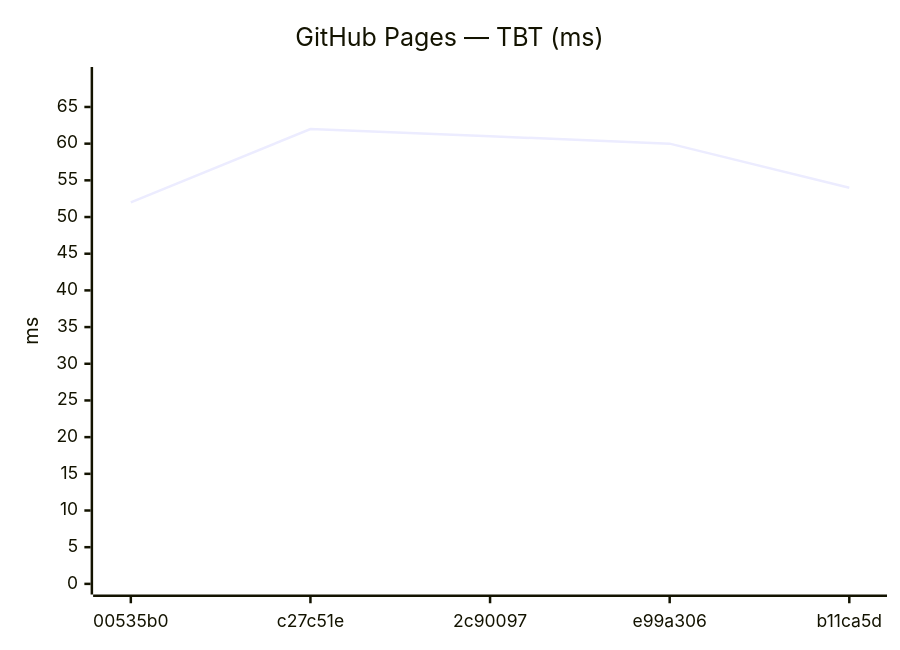
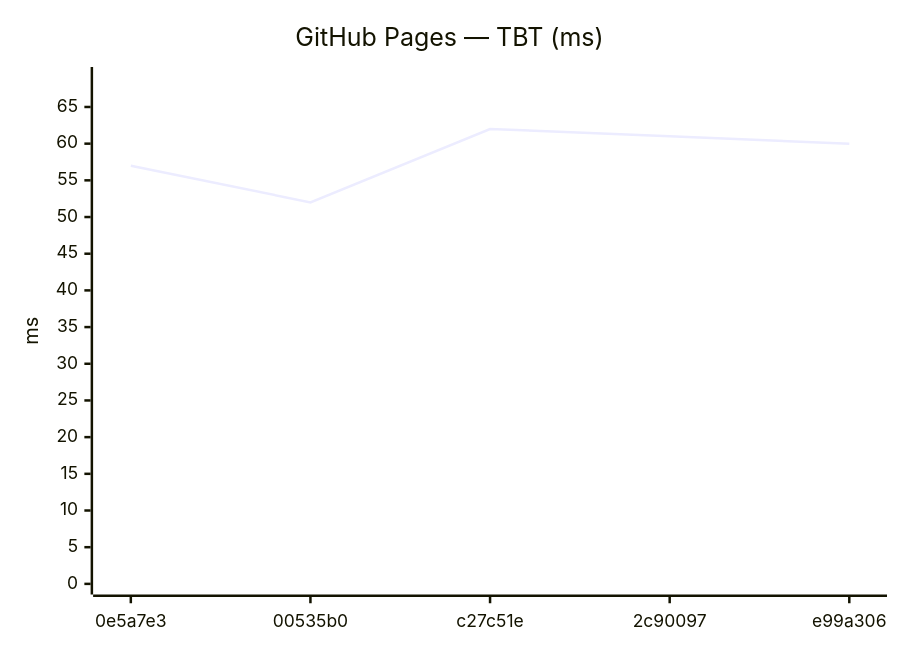
Before and after one commit to Metaheurist/Rianell: diagram 12 of 24 in benchmarks/compare.md, drawn with Mermaid. The commit also changed other lines of this file and 12 other files, not shown here.

````diff
--- a/benchmarks/compare.md
+++ b/benchmarks/compare.md
@@ -156,7 +160,7 @@
 ```mermaid
 xychart-beta
     title "GitHub Pages — TBT (ms)"
-    x-axis ["00535b0", "c27c51e", "2c90097", "e99a306", "b11ca5d"]
+    x-axis ["0e5a7e3", "00535b0", "c27c51e", "2c90097", "e99a306"]
     y-axis "ms" 0 --> 69
-    line [52, 62, 61, 60, 54]
+    line [57, 52, 62, 61, 60]
 ```
````
